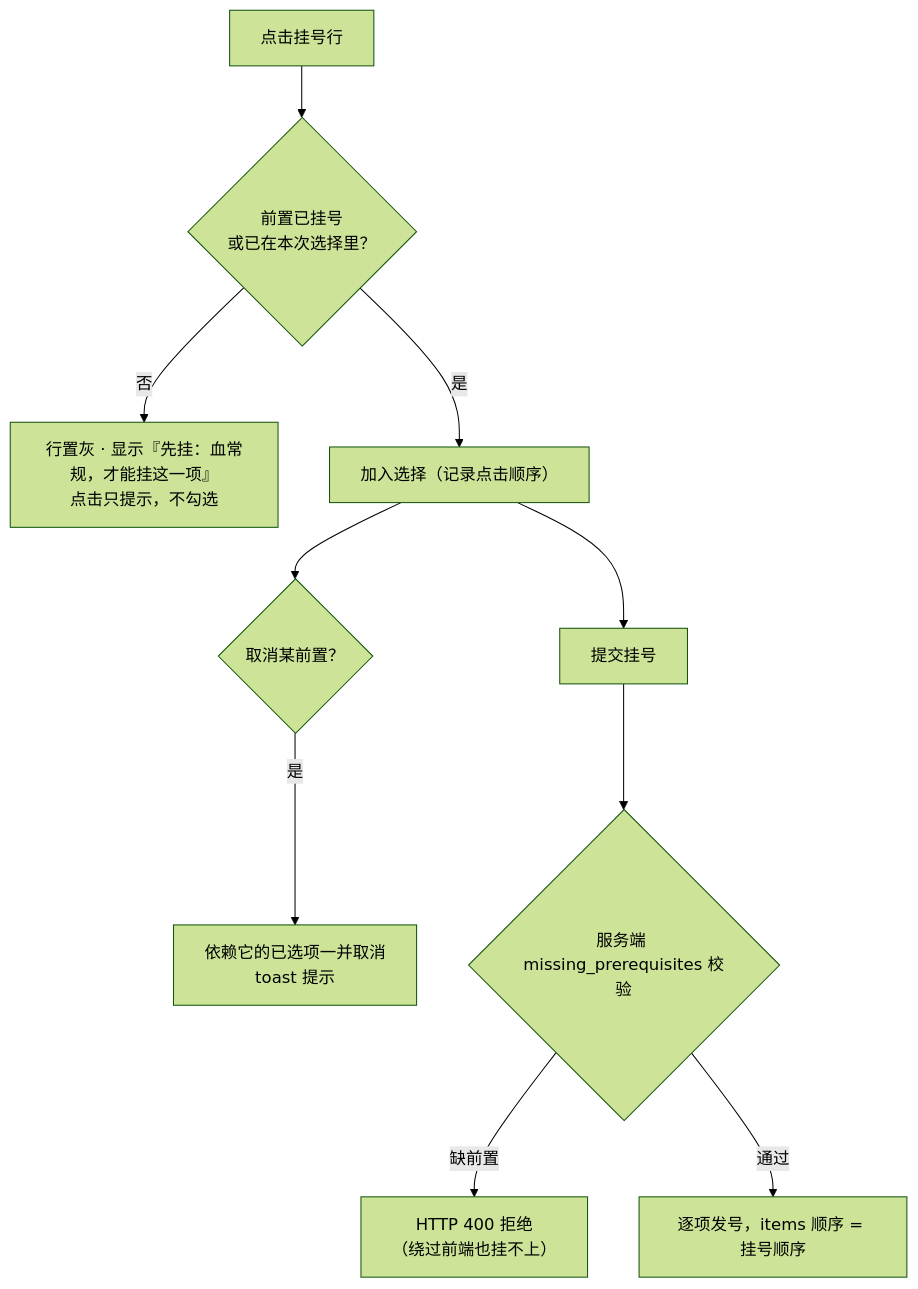
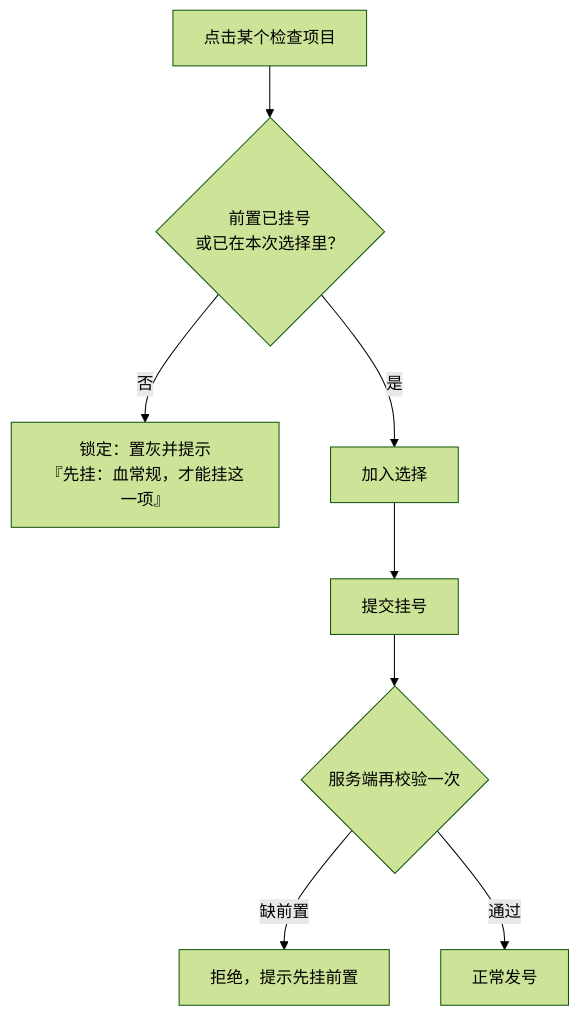
Before and after one commit to fore-blip/exam-scheduler: the fifth of 5 diagrams in docs/研发文档-V2-20261104.md, drawn with Mermaid (forest theme). The commit also changed other lines of this file, not shown here.

Commit message:
docs: 研发文档改写为「改动点 + 实际意义 + 图解」风格

````diff
--- a/docs/研发文档-V2-20261104.md
+++ b/docs/研发文档-V2-20261104.md
@@ -291,12 +163,9 @@
 ```mermaid
 flowchart TD
-    A["点击挂号行"] --> B{"前置已挂号<br/>或已在本次选择里？"}
-    B -->|"否"| C["行置灰 · 显示『先挂：血常规，才能挂这一项』<br/>点击只提示，不勾选"]
-    B -->|"是"| D["加入选择（记录点击顺序）"]
-    D --> E{"取消某前置？"}
-    E -->|"是"| F["依赖它的已选项一并取消<br/>toast 提示"]
-    D --> G["提交挂号"]
-    G --> H{"服务端 missing_prerequisites 校验"}
-    H -->|"缺前置"| I["HTTP 400 拒绝<br/>（绕过前端也挂不上）"]
-    H -->|"通过"| J["逐项发号，items 顺序 = 挂号顺序"]
+    A["点击某个检查项目"] --> B{"前置已挂号<br/>或已在本次选择里？"}
+    B -->|"否"| C["锁定：置灰并提示<br/>『先挂：血常规，才能挂这一项』"]
+    B -->|"是"| D["加入选择"]
+    D --> E["提交挂号"] --> F{"服务端再校验一次"}
+    F -->|"缺前置"| G["拒绝，提示先挂前置"]
+    F -->|"通过"| H["正常发号"]
 ```
````
